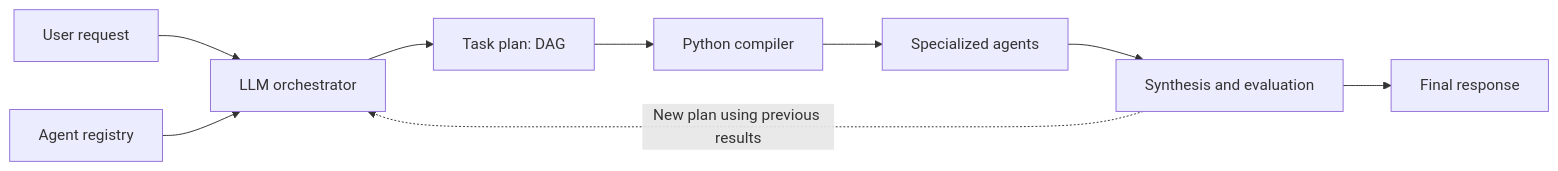
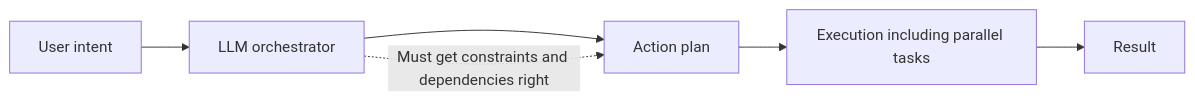
One commit to joaomadruga/AgentCompiler changed the first of 13 diagrams in README.md. Above: the diagram before and after it, drawn with Mermaid. The commit also changed other lines of this file and 8 other files, not shown here.

Commit message:
docs: center AgentCompiler on verifiable action generation

````diff
--- a/README.md
+++ b/README.md
@@ -26,11 +13,8 @@
 ```mermaid
 flowchart LR
-    U[User request] --> O[LLM orchestrator]
-    R[Agent registry] --> O
-    O --> P[Task plan: DAG]
-    P --> C[Python compiler]
-    C --> A[Specialized agents]
-    A --> S[Synthesis and evaluation]
-    S --> F[Final response]
-    S -. New plan using previous results .-> O
+    U[User intent] --> O[LLM orchestrator]
+    O --> P[Action plan]
+    P --> E[Execution including parallel tasks]
+    E --> R[Result]
+    O -. Must get constraints and dependencies right .-> P
 ```
````
